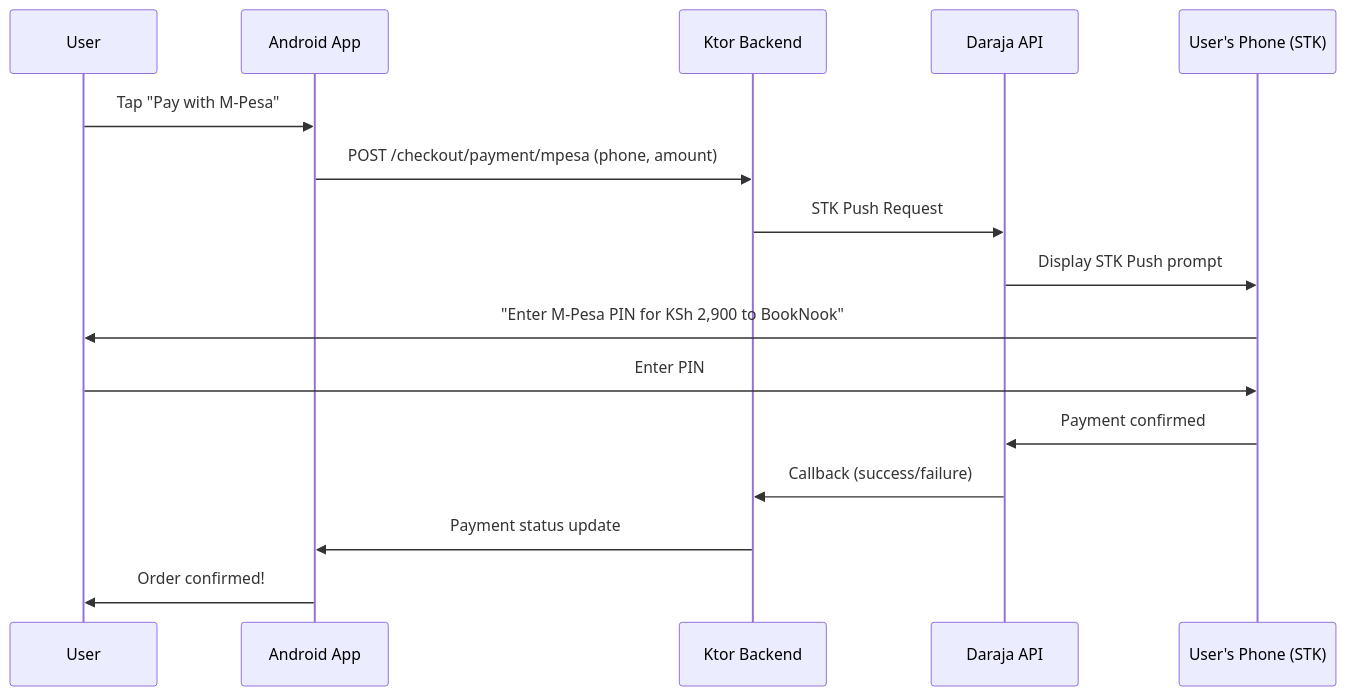
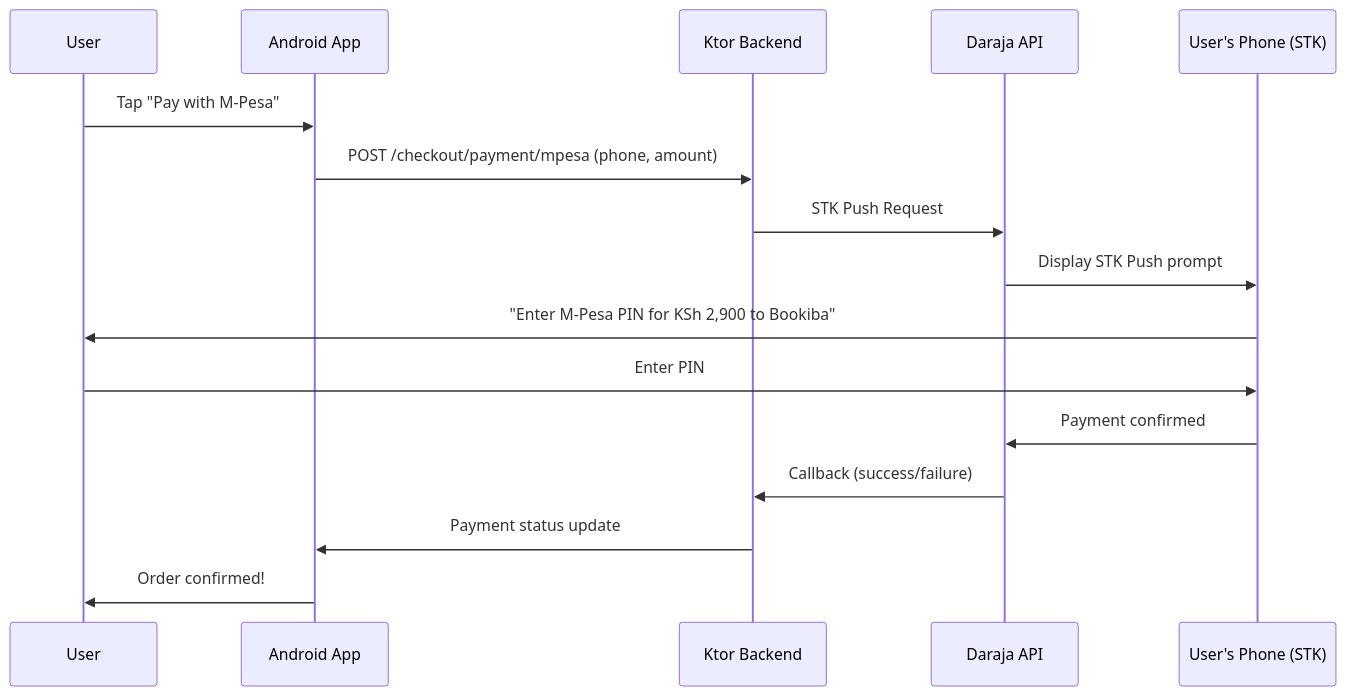
One commit to laniricky/Bookiba changed the fourth of 5 diagrams in architecture_research.md. Above: the diagram before and after it, drawn with Mermaid. The commit also changed 67 other files, not shown here.

First line of the commit message:
rebrand: replace Book Nook with Bookiba throughout app and admin web

````diff
--- a/architecture_research.md
+++ b/architecture_research.md
@@ -526,19 +526,19 @@
 ```mermaid
 sequenceDiagram
     participant User
     participant App as Android App
     participant Backend as Ktor Backend
     participant Daraja as Daraja API
     participant Phone as User's Phone (STK)
 
     User->>App: Tap "Pay with M-Pesa"
     App->>Backend: POST /checkout/payment/mpesa (phone, amount)
     Backend->>Daraja: STK Push Request
     Daraja->>Phone: Display STK Push prompt
-    Phone->>User: "Enter M-Pesa PIN for KSh 2,900 to BookNook"
+    Phone->>User: "Enter M-Pesa PIN for KSh 2,900 to Bookiba"
     User->>Phone: Enter PIN
     Phone->>Daraja: Payment confirmed
     Daraja->>Backend: Callback (success/failure)
     Backend->>App: Payment status update
     App->>User: Order confirmed!
 ```
````
